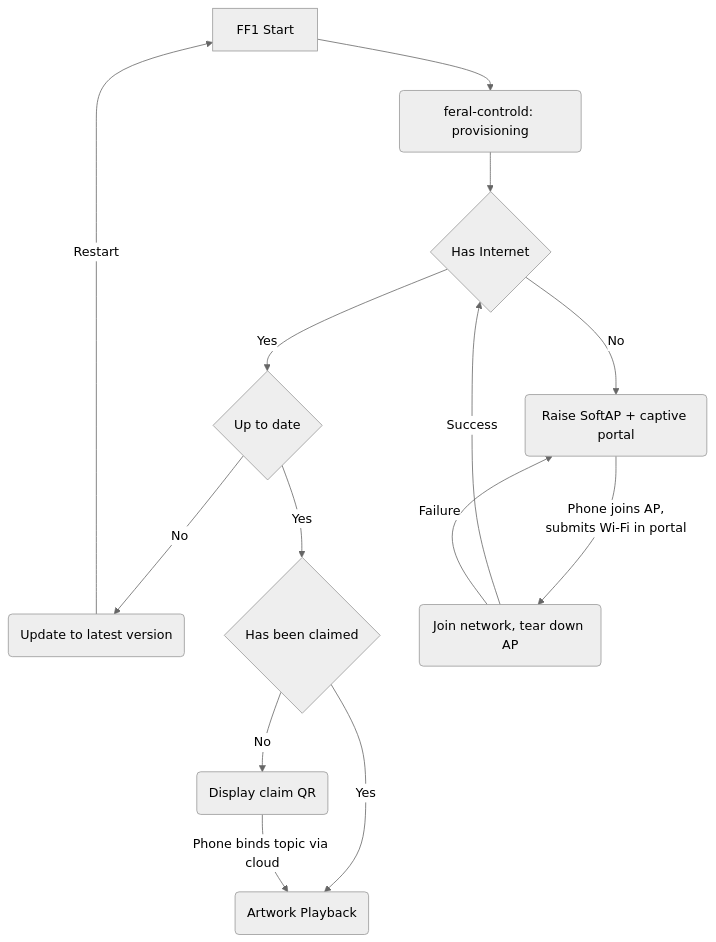
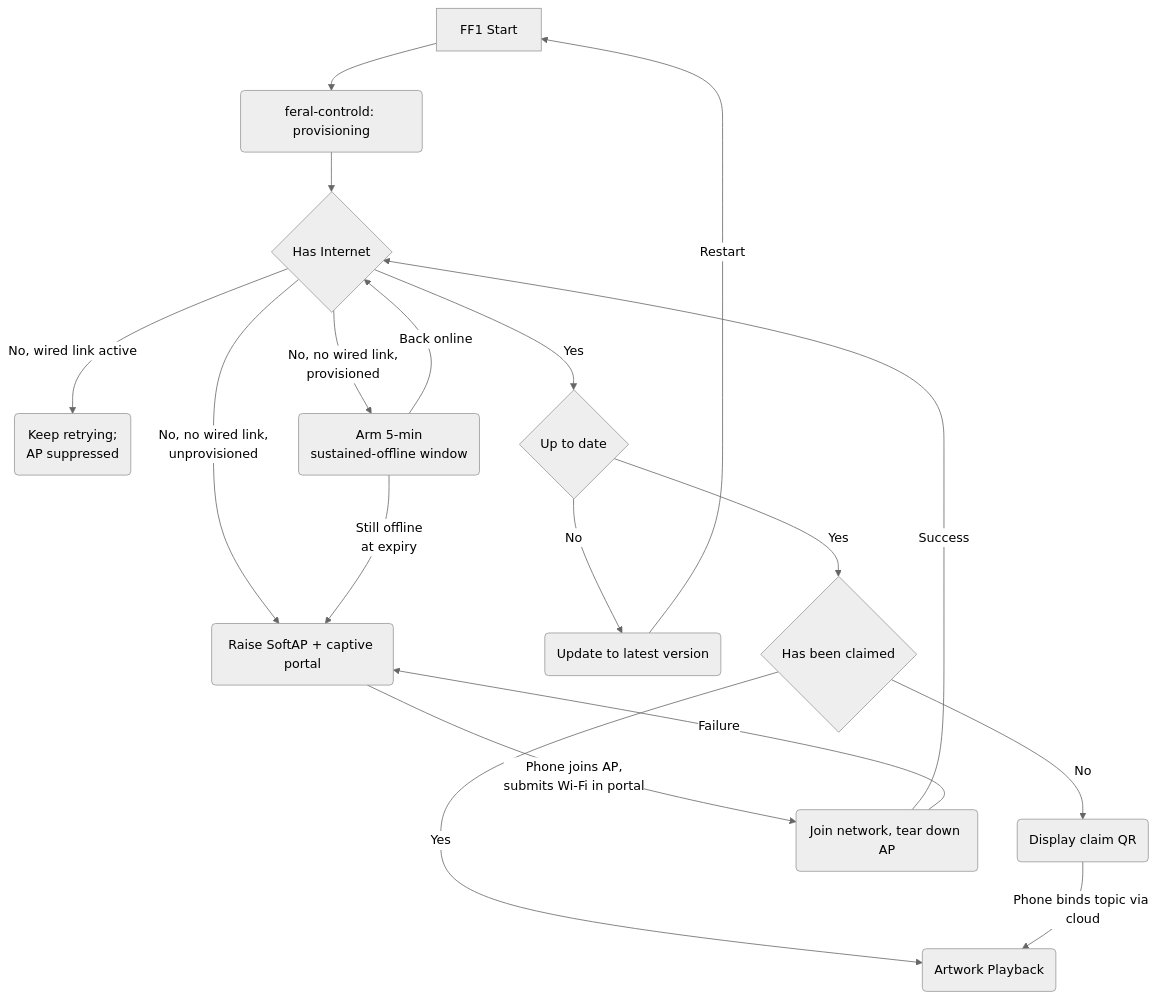
The first of 3 diagrams in docs/DEVICE_LIFECYCLE.md (feral-file/ffos), drawn with Mermaid (neutral theme) before and after one commit.

Commit message:
docs: correct DEVICE_LIFECYCLE AP-raise flow for wired/offline-window gating
The mermaid showed unconditional AP-on-offline; reflect the actual provisioning
machine: an active wired link suppresses the setup AP, and a provisioned device
only raises it after the 5-minute sustained-offline window (I4).

````diff
--- a/docs/DEVICE_LIFECYCLE.md
+++ b/docs/DEVICE_LIFECYCLE.md
@@ -7,19 +7,23 @@
 ```mermaid
 flowchart TD
     FF1Start[FF1 Start] --> Provision(feral-controld: provisioning)
     Provision --> HasInternet{Has Internet}
 
-    HasInternet --> |No| SoftAP(Raise SoftAP + captive portal)
+    HasInternet --> |No, wired link active| WiredSuppress(Keep retrying;<br/>AP suppressed)
+    HasInternet --> |No, no wired link,<br/>unprovisioned| SoftAP(Raise SoftAP + captive portal)
+    HasInternet --> |No, no wired link,<br/>provisioned| OfflineWindow(Arm 5-min<br/>sustained-offline window)
+    OfflineWindow --> |Still offline<br/>at expiry| SoftAP
+    OfflineWindow --> |Back online| HasInternet
     HasInternet --> |Yes| UpToDate1{Up to date}
 
     UpToDate1 --> |No| Update(Update to latest version)
     UpToDate1 --> |Yes| Paired{Has been claimed}
     Update --> |Restart| FF1Start
     Paired --> |No| ClaimQR(Display claim QR)
     Paired --> |Yes| Artwork(Artwork Playback)
     ClaimQR --> |Phone binds topic via cloud| Artwork
 
     SoftAP --> |Phone joins AP,<br/>submits Wi-Fi in portal| Join(Join network, tear down AP)
     Join --> |Success| HasInternet
     Join --> |Failure| SoftAP
 ```
````
